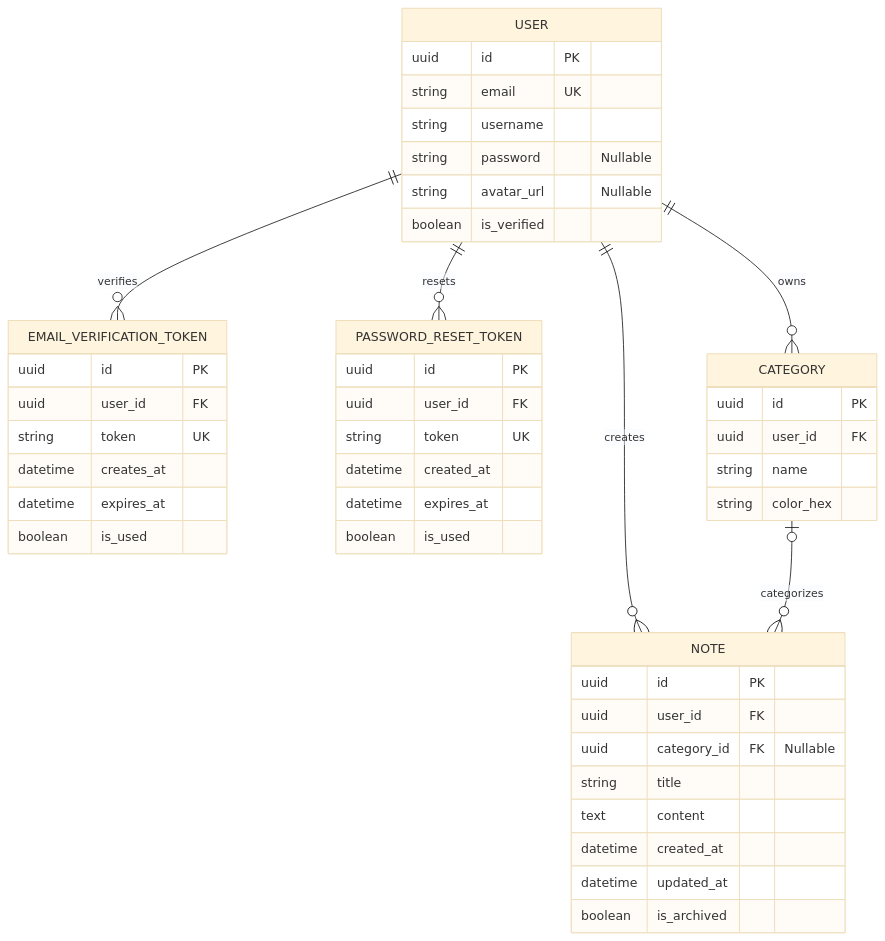
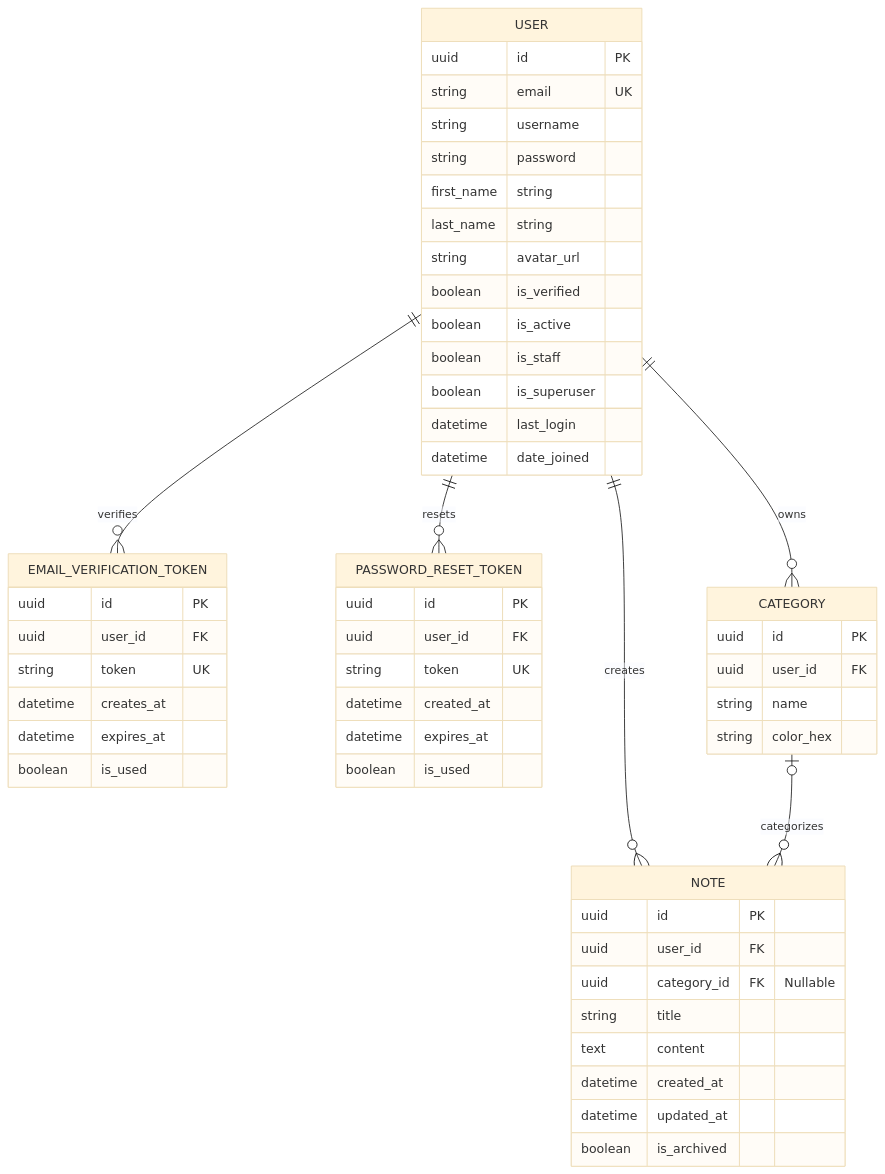
The diagram in docs/database_schema.md (RossCabrera/Swiftnote), drawn with Mermaid (base theme) before and after one commit. The commit also changed other lines of this file and 3 other files, not shown here.

Commit message:
fix(auth): update user table schema and implement CustomUserManager

````diff
--- a/docs/database_schema.md
+++ b/docs/database_schema.md
@@ -9,56 +9,63 @@
 ```mermaid
 ---
 id: b74f9644-e3e1-49bf-bc6b-4e3012ae4d09
 ---
 erDiagram
   USER ||--o{ EMAIL_VERIFICATION_TOKEN : "verifies"
   USER ||--o{ PASSWORD_RESET_TOKEN : "resets"
   USER ||--o{ CATEGORY : "owns"
   USER ||--o{ NOTE : "creates"
   CATEGORY o|--o{ NOTE : "categorizes"
   
   USER {
     uuid id PK
     string email UK
     string username
-    string password "Nullable"
-    string avatar_url "Nullable"
+    string password 
+    first_name string
+    last_name string
+    string avatar_url 
     boolean is_verified
+    boolean is_active
+    boolean is_staff
+    boolean is_superuser
+    datetime last_login
+    datetime date_joined
   }
   
   EMAIL_VERIFICATION_TOKEN {
     uuid id PK
     uuid user_id FK
     string token UK
     datetime creates_at
     datetime expires_at
     boolean is_used
   }
   
   PASSWORD_RESET_TOKEN {
     uuid id PK
     uuid user_id FK
     string token UK
     datetime created_at
     datetime expires_at
     boolean is_used
   }
   
   CATEGORY {
     uuid id PK
     uuid user_id FK
     string name
     string color_hex
   }
   
   NOTE {
     uuid id PK
     uuid user_id FK
     uuid category_id FK "Nullable"
     string title
     text content
     datetime created_at
     datetime updated_at
     boolean is_archived
   }
 ```
````
